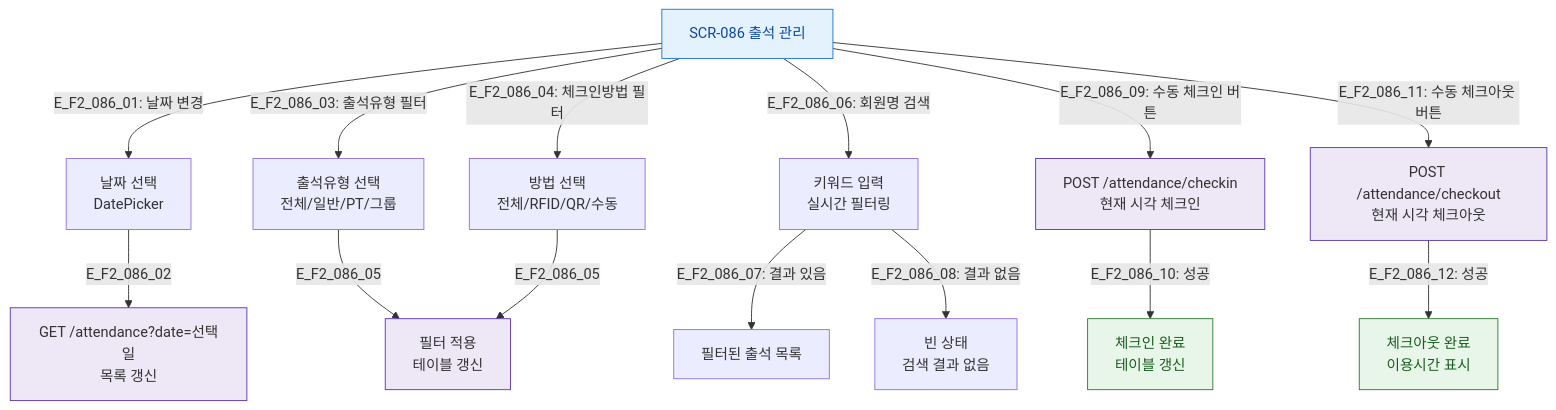
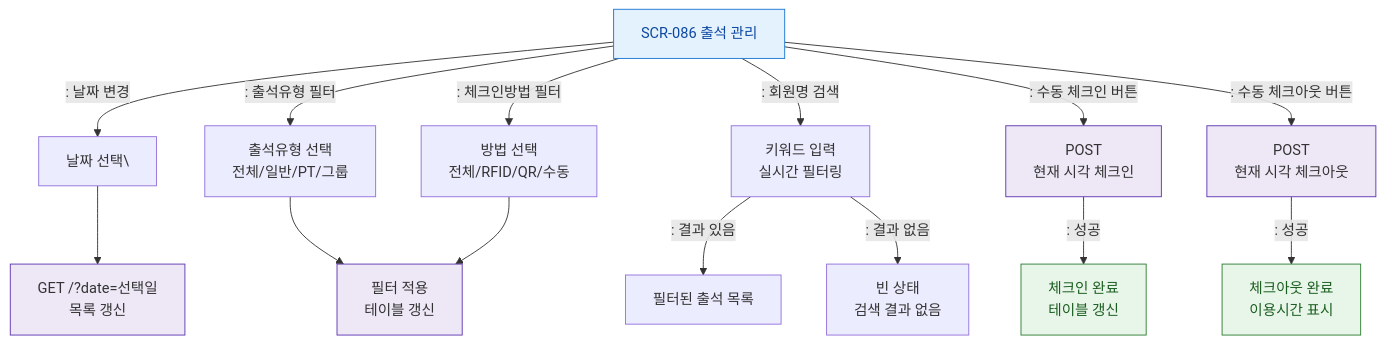
The diagram in docs/다이어그램/D09_설정관리/SCR-086_출석관리_회원/F2_메인인터랙션.md (dev-spogym/admin-pando), drawn with Mermaid before and after one commit. The commit also changed other lines of this file and 1660 other files, not shown here.

First line of the commit message:
다이어그램: 기획자/클라이언트 납품본으로 정리

````diff
--- a/docs/다이어그램/D09_설정관리/SCR-086_출석관리_회원/F2_메인인터랙션.md
+++ b/docs/다이어그램/D09_설정관리/SCR-086_출석관리_회원/F2_메인인터랙션.md
@@ -14,29 +12,29 @@
 ```mermaid
 flowchart TD
     SCR086[SCR-086 출석 관리]
 
-    SCR086 -->|"E_F2_086_01: 날짜 변경"| DateChange[날짜 선택\nDatePicker]
-    DateChange -->|E_F2_086_02| Reload[GET /attendance?date=선택일\n목록 갱신]
+    SCR086 -->|": 날짜 변경"|DateChange[날짜 선택\]
+    DateChange --> Reload[GET /?date=선택일\n목록 갱신]
 
-    SCR086 -->|"E_F2_086_03: 출석유형 필터"| TypeFilter[출석유형 선택\n전체/일반/PT/그룹]
-    SCR086 -->|"E_F2_086_04: 체크인방법 필터"| MethodFilter[방법 선택\n전체/RFID/QR/수동]
+    SCR086 -->|": 출석유형 필터"|TypeFilter[출석유형 선택\n전체/일반/PT/그룹]
+    SCR086 -->|": 체크인방법 필터"|MethodFilter[방법 선택\n전체/RFID/QR/수동]
 
-    TypeFilter & MethodFilter -->|E_F2_086_05| FilterApply[필터 적용\n테이블 갱신]
+    TypeFilter & MethodFilter --> FilterApply[필터 적용\n테이블 갱신]
 
-    SCR086 -->|"E_F2_086_06: 회원명 검색"| SearchInput[키워드 입력\n실시간 필터링]
-    SearchInput -->|"E_F2_086_07: 결과 있음"| ResultList[필터된 출석 목록]
-    SearchInput -->|"E_F2_086_08: 결과 없음"| EmptySearch[빈 상태\n검색 결과 없음]
+    SCR086 -->|": 회원명 검색"|SearchInput[키워드 입력\n실시간 필터링]
+    SearchInput -->|": 결과 있음"|ResultList[필터된 출석 목록]
+    SearchInput -->|": 결과 없음"|EmptySearch[빈 상태\n검색 결과 없음]
 
-    SCR086 -->|"E_F2_086_09: 수동 체크인 버튼"| ManualCheckin[POST /attendance/checkin\n현재 시각 체크인]
-    ManualCheckin -->|"E_F2_086_10: 성공"| CheckinOK[체크인 완료\n테이블 갱신]
+    SCR086 -->|": 수동 체크인 버튼"|ManualCheckin[POST \n현재 시각 체크인]
+    ManualCheckin -->|": 성공"|CheckinOK[체크인 완료\n테이블 갱신]
 
-    SCR086 -->|"E_F2_086_11: 수동 체크아웃 버튼"| ManualCheckout[POST /attendance/checkout\n현재 시각 체크아웃]
-    ManualCheckout -->|"E_F2_086_12: 성공"| CheckoutOK[체크아웃 완료\n이용시간 표시]
+    SCR086 -->|": 수동 체크아웃 버튼"|ManualCheckout[POST \n현재 시각 체크아웃]
+    ManualCheckout -->|": 성공"|CheckoutOK[체크아웃 완료\n이용시간 표시]
 
     classDef screen fill:#E3F2FD,stroke:#1976D2,color:#0D47A1
     classDef success fill:#E8F5E9,stroke:#2E7D32,color:#1B5E20
     classDef system fill:#EDE7F6,stroke:#5E35B2
     class SCR086 screen
     class CheckinOK,CheckoutOK success
     class Reload,FilterApply,ManualCheckin,ManualCheckout system
 ```
````
